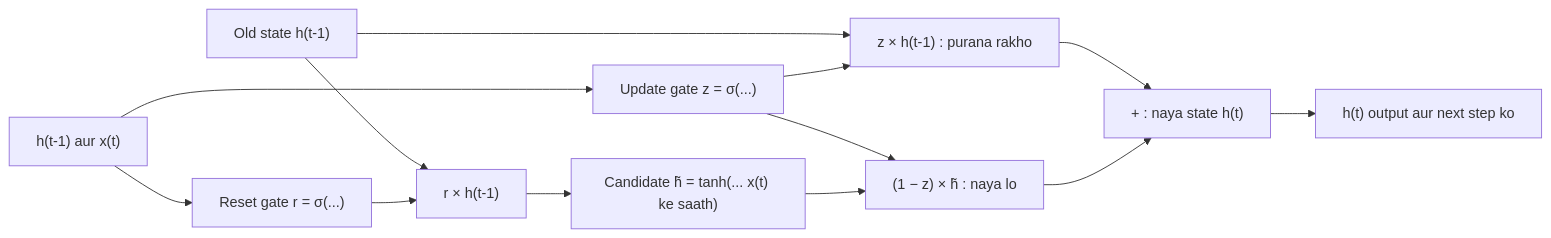
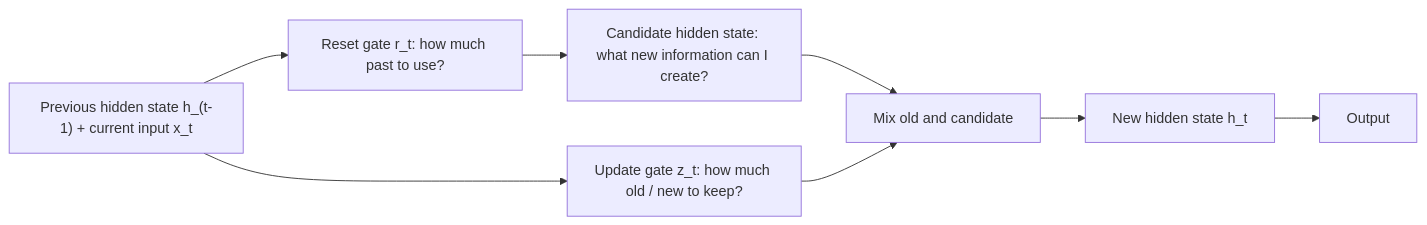
Before and after one commit to TrendySloth1001/sem-seven-notes: the fourth of 4 diagrams in content/deep-learning/notes/lstm-gru.hi.mdx, drawn with Mermaid. The commit also changed other lines of this file and 186 other files, not shown here.

````diff
--- a/content/deep-learning/notes/lstm-gru.hi.mdx
+++ b/content/deep-learning/notes/lstm-gru.hi.mdx
@@ -323,16 +301,11 @@
 ```mermaid
-%% caption: Ek GRU cell. Koi alag cell state nahi hai. Update gate z purani memory aur naye candidate ko mix karta hai, purane ka z aur naye ka 1 − z; reset gate r decide karta hai candidate purani memory ka kitna dekh sakta hai.
+%% caption: GRU ka ek time step, jaise class mein draw kiya gaya. Do gates, alag cell state nahi: hidden state hi memory hai.
 flowchart LR
-  IN["h(t-1) aur x(t)"] --> Z["Update gate z = σ(...)"]
-  IN --> R["Reset gate r = σ(...)"]
-  H0["Old state h(t-1)"] --> RH["r × h(t-1)"]
-  R --> RH
-  RH --> CAND["Candidate h̃ = tanh(... x(t) ke saath)"]
-  H0 --> KEEP["z × h(t-1) : purana rakho"]
-  Z --> KEEP
-  Z --> NEW["(1 − z) × h̃ : naya lo"]
-  CAND --> NEW
-  KEEP --> ADD["+ : naya state h(t)"]
-  NEW --> ADD
-  ADD --> OUT["h(t) output aur next step ko"]
+  A["Previous hidden state h_(t-1) + current input x_t"] --> R["Reset gate r_t: how much past to use?"]
+  R --> C["Candidate hidden state: what new information can I create?"]
+  A --> U["Update gate z_t: how much old / new to keep?"]
+  C --> M["Mix old and candidate"]
+  U --> M
+  M --> H["New hidden state h_t"]
+  H --> O["Output"]
 ```
````
